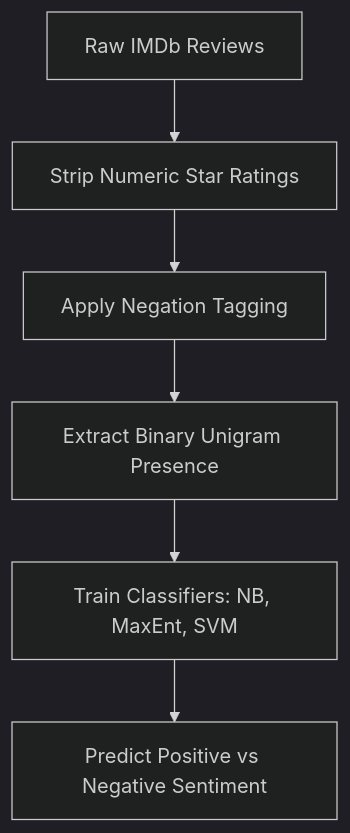
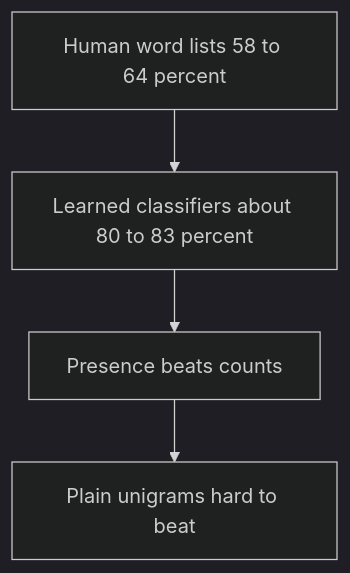
Before and after one commit to Tarunsai08/PaperStack: the diagram in content/papers/thumbs-up-sentiment-classification-using-machine-learning-te.md, drawn with Mermaid (dark theme). The commit also changed other lines of this file and 7 other files, not shown here.

````diff
--- a/content/papers/thumbs-up-sentiment-classification-using-machine-learning-te.md
+++ b/content/papers/thumbs-up-sentiment-classification-using-machine-learning-te.md
@@ -111,8 +137,6 @@
 ```mermaid
 flowchart TD
-    A[Raw IMDb Reviews] --> B[Strip Numeric Star Ratings]
-    B --> C[Apply Negation Tagging]
-    C --> D[Extract Binary Unigram Presence]
-    D --> E[Train Classifiers: NB, MaxEnt, SVM]
-    E --> F[Predict Positive vs Negative Sentiment]
+  A[Human word lists 58 to 64 percent] --> B[Learned classifiers about 80 to 83 percent]
+  B --> C[Presence beats counts]
+  C --> D[Plain unigrams hard to beat]
 ```
````
